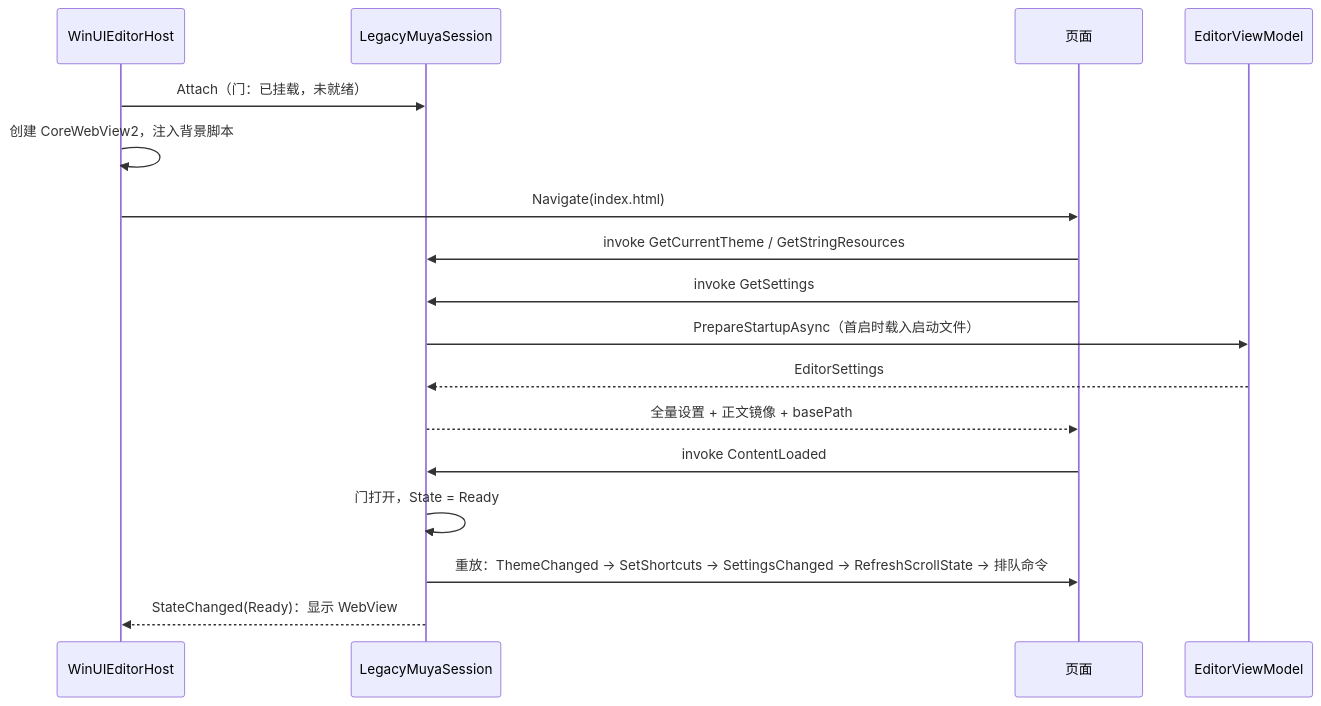
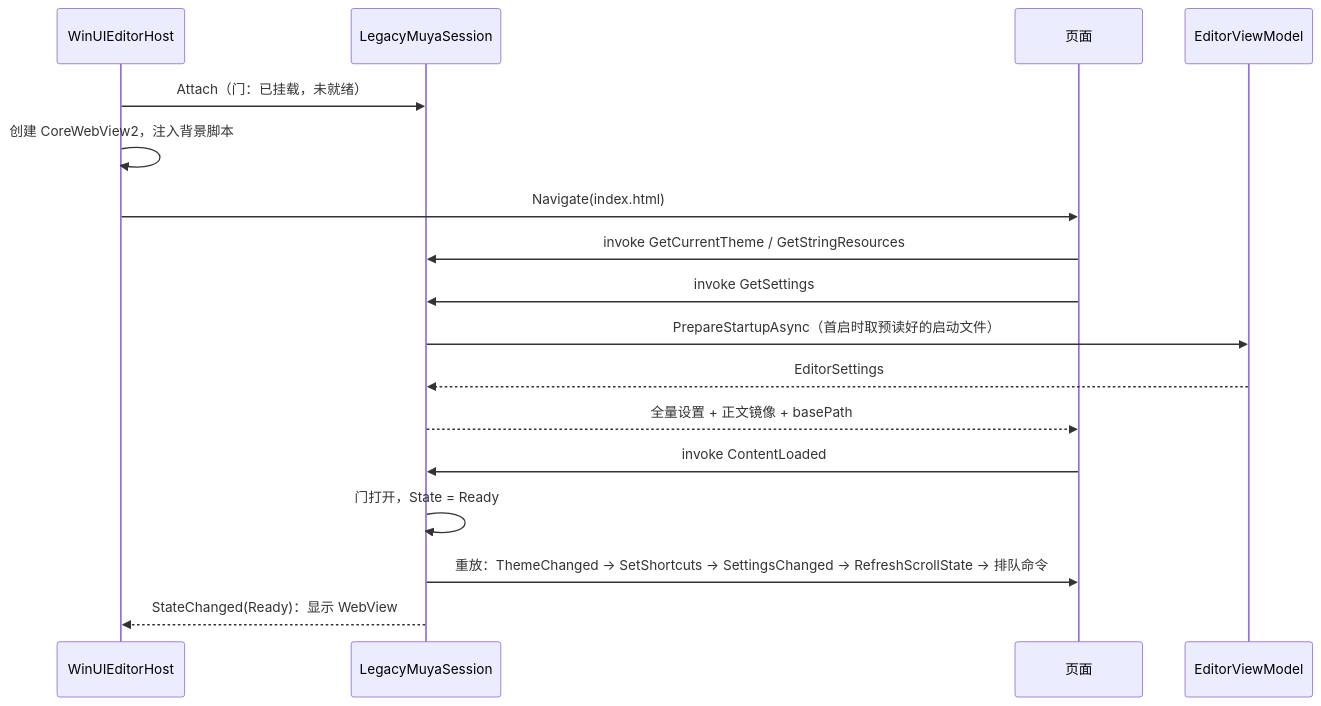
The second of 6 diagrams in docs/architecture.md (awarson2233/Typedown), drawn with Mermaid before and after one commit. The commit also changed other lines of this file and 1 other file, not shown here.

Commit message:
docs: describe the Native AOT publish and the startup document prefetch

````diff
--- a/docs/architecture.md
+++ b/docs/architecture.md
@@ -71,19 +71,19 @@
 ```mermaid
 sequenceDiagram
     participant H as WinUIEditorHost
     participant S as LegacyMuyaSession
     participant P as 页面
     participant VM as EditorViewModel
     H->>S: Attach（门：已挂载，未就绪）
     H->>H: 创建 CoreWebView2，注入背景脚本
     H->>P: Navigate(index.html)
     P->>S: invoke GetCurrentTheme / GetStringResources
     P->>S: invoke GetSettings
-    S->>VM: PrepareStartupAsync（首启时载入启动文件）
+    S->>VM: PrepareStartupAsync（首启时取预读好的启动文件）
     VM-->>S: EditorSettings
     S-->>P: 全量设置 + 正文镜像 + basePath
     P->>S: invoke ContentLoaded
     S->>S: 门打开，State = Ready
     S->>P: 重放：ThemeChanged → SetShortcuts → SettingsChanged → RefreshScrollState → 排队命令
     S-->>H: StateChanged(Ready)：显示 WebView
 ```
````
